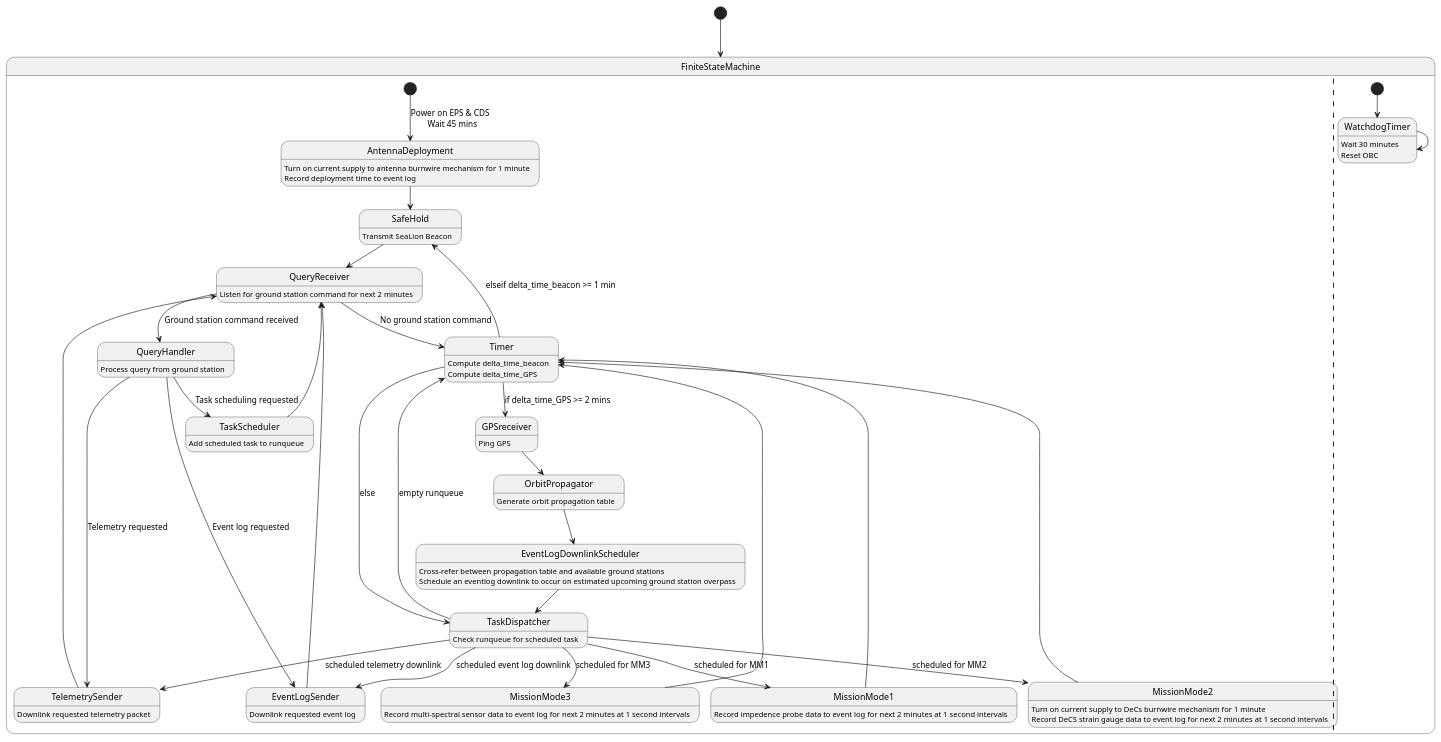
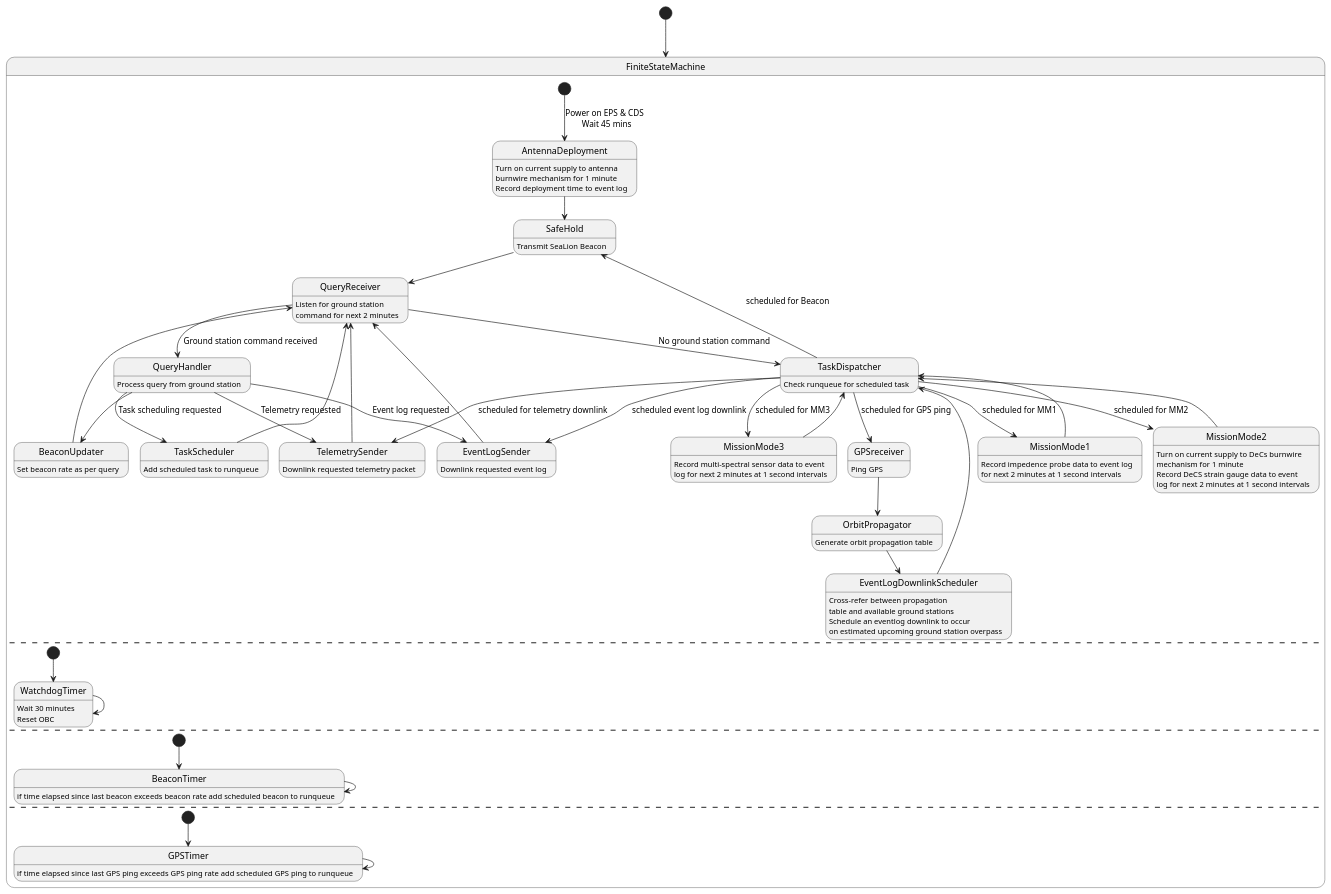
The diagram in fsw-architecture/operating-mode-as-fsm.puml (ODU-CGA-CubeSat/FSW), drawn with PlantUML before and after one commit.

Commit message:
use interupt timer for beacon and GPS

```diff
--- a/fsw-architecture/operating-mode-as-fsm.puml
+++ b/fsw-architecture/operating-mode-as-fsm.puml
@@ -1,73 +1,90 @@
 @startuml
 
 [*] --> FiniteStateMachine
 state FiniteStateMachine {
       state AntennaDeployment
-            AntennaDeployment : Turn on current supply to antenna burnwire mechanism for 1 minute
+            AntennaDeployment : Turn on current supply to antenna 
+            AntennaDeployment : burnwire mechanism for 1 minute
             AntennaDeployment : Record deployment time to event log
       state SafeHold
             SafeHold : Transmit SeaLion Beacon
       state QueryReceiver
-            QueryReceiver : Listen for ground station command for next 2 minutes
+            QueryReceiver : Listen for ground station 
+            QueryReceiver : command for next 2 minutes
       state TelemetrySender
             TelemetrySender : Downlink requested telemetry packet
       state EventLogSender
             EventLogSender : Downlink requested event log
-      state Timer
-            Timer : Compute delta_time_beacon
-            Timer : Compute delta_time_GPS
+      state BeaconUpdater
+            BeaconUpdater : Set beacon rate as per query
       state MissionMode1
-            MissionMode1 : Record impedence probe data to event log for next 2 minutes at 1 second intervals
+            MissionMode1 : Record impedence probe data to event log 
+            MissionMode1 : for next 2 minutes at 1 second intervals
       state MissionMode2
-            MissionMode2 : Turn on current supply to DeCs burnwire mechanism for 1 minute
-            MissionMode2 : Record DeCS strain gauge data to event log for next 2 minutes at 1 second intervals
+            MissionMode2 : Turn on current supply to DeCs burnwire 
+            MissionMode2 : mechanism for 1 minute
+            MissionMode2 : Record DeCS strain gauge data to event 
+            MissionMode2 : log for next 2 minutes at 1 second intervals
       state MissionMode3
-            MissionMode3 : Record multi-spectral sensor data to event log for next 2 minutes at 1 second intervals
+            MissionMode3 : Record multi-spectral sensor data to event 
+            MissionMode3 : log for next 2 minutes at 1 second intervals
       state TaskDispatcher
             TaskDispatcher : Check runqueue for scheduled task
       state OrbitPropagator
             OrbitPropagator : Generate orbit propagation table
       state EventLogDownlinkScheduler
-            EventLogDownlinkScheduler : Cross-refer between propagation table and available ground stations
-            EventLogDownlinkScheduler : Schedule an eventlog downlink to occur on estimated upcoming ground station overpass
+            EventLogDownlinkScheduler : Cross-refer between propagation 
+            EventLogDownlinkScheduler : table and available ground stations
+            EventLogDownlinkScheduler : Schedule an eventlog downlink to occur 
+            EventLogDownlinkScheduler : on estimated upcoming ground station overpass
       state GPSreceiver
             GPSreceiver : Ping GPS
       state QueryHandler
             QueryHandler : Process query from ground station
       state TaskScheduler
             TaskScheduler : Add scheduled task to runqueue
 
       [*] --> AntennaDeployment : Power on EPS & CDS \n Wait 45 mins
       AntennaDeployment --> SafeHold
       SafeHold --> QueryReceiver
       QueryReceiver --> QueryHandler : Ground station command received
-      QueryReceiver --> Timer : No ground station command
       QueryHandler --> TelemetrySender : Telemetry requested
       QueryHandler --> EventLogSender : Event log requested
       QueryHandler --> TaskScheduler : Task scheduling requested
+      QueryHandler --> BeaconUpdater
+      BeaconUpdater --> QueryReceiver
       TelemetrySender --> QueryReceiver
       EventLogSender --> QueryReceiver
       TaskScheduler --> QueryReceiver
-      MissionMode1 --> Timer
-      MissionMode2 --> Timer
-      MissionMode3 --> Timer
       GPSreceiver --> OrbitPropagator
       OrbitPropagator --> EventLogDownlinkScheduler
       EventLogDownlinkScheduler --> TaskDispatcher
-      Timer --> SafeHold : elseif delta_time_beacon >= 1 min
-      Timer --> GPSreceiver : if delta_time_GPS >= 2 mins
-      Timer --> TaskDispatcher : else
+      QueryReceiver --> TaskDispatcher : No ground station command
       TaskDispatcher --> MissionMode1 : scheduled for MM1
       TaskDispatcher --> MissionMode2 : scheduled for MM2
       TaskDispatcher --> MissionMode3 : scheduled for MM3
-      TaskDispatcher --> Timer : empty runqueue
       TaskDispatcher --> EventLogSender : scheduled event log downlink
-      TaskDispatcher --> TelemetrySender : scheduled telemetry downlink
-      ||
+      TaskDispatcher --> TelemetrySender : scheduled for telemetry downlink
+      TaskDispatcher --> GPSreceiver : scheduled for GPS ping
+      TaskDispatcher --> SafeHold : scheduled for Beacon
+      MissionMode1 --> TaskDispatcher
+      MissionMode2 --> TaskDispatcher
+      MissionMode3 --> TaskDispatcher
+      --
       state WatchdogTimer
             WatchdogTimer : Wait 30 minutes
             WatchdogTimer : Reset OBC
       [*] --> WatchdogTimer
       WatchdogTimer --> WatchdogTimer
+      --
+      state BeaconTimer
+            BeaconTimer : if time elapsed since last beacon exceeds beacon rate add scheduled beacon to runqueue
+      [*] --> BeaconTimer 
+      BeaconTimer --> BeaconTimer 
+      --
+      state GPSTimer
+            GPSTimer : if time elapsed since last GPS ping exceeds GPS ping rate add scheduled GPS ping to runqueue
+      [*] --> GPSTimer 
+      GPSTimer --> GPSTimer 
 }
 @enduml
```
